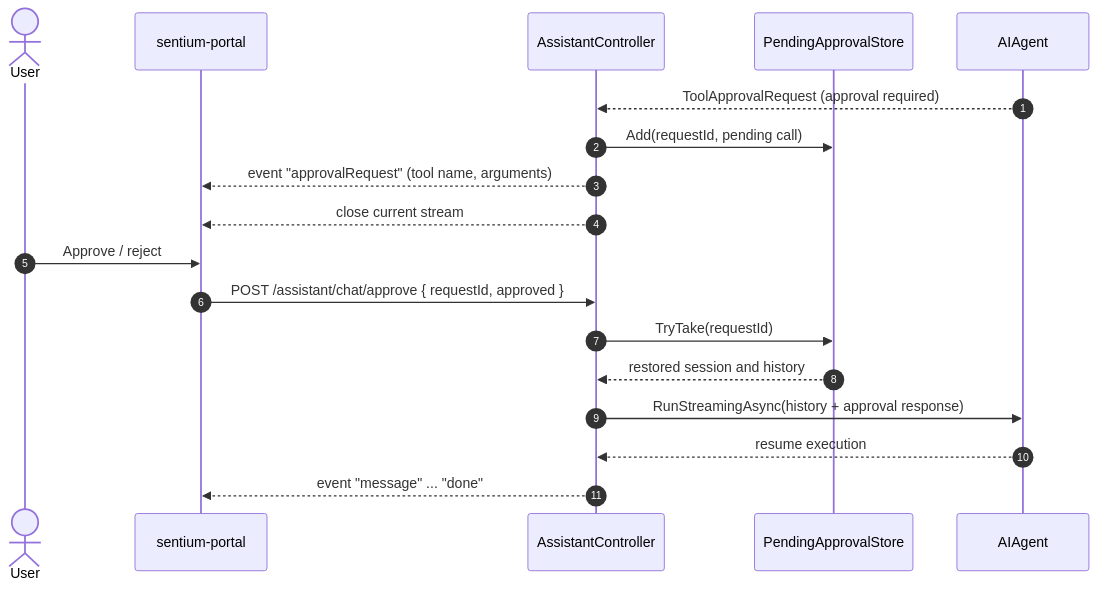
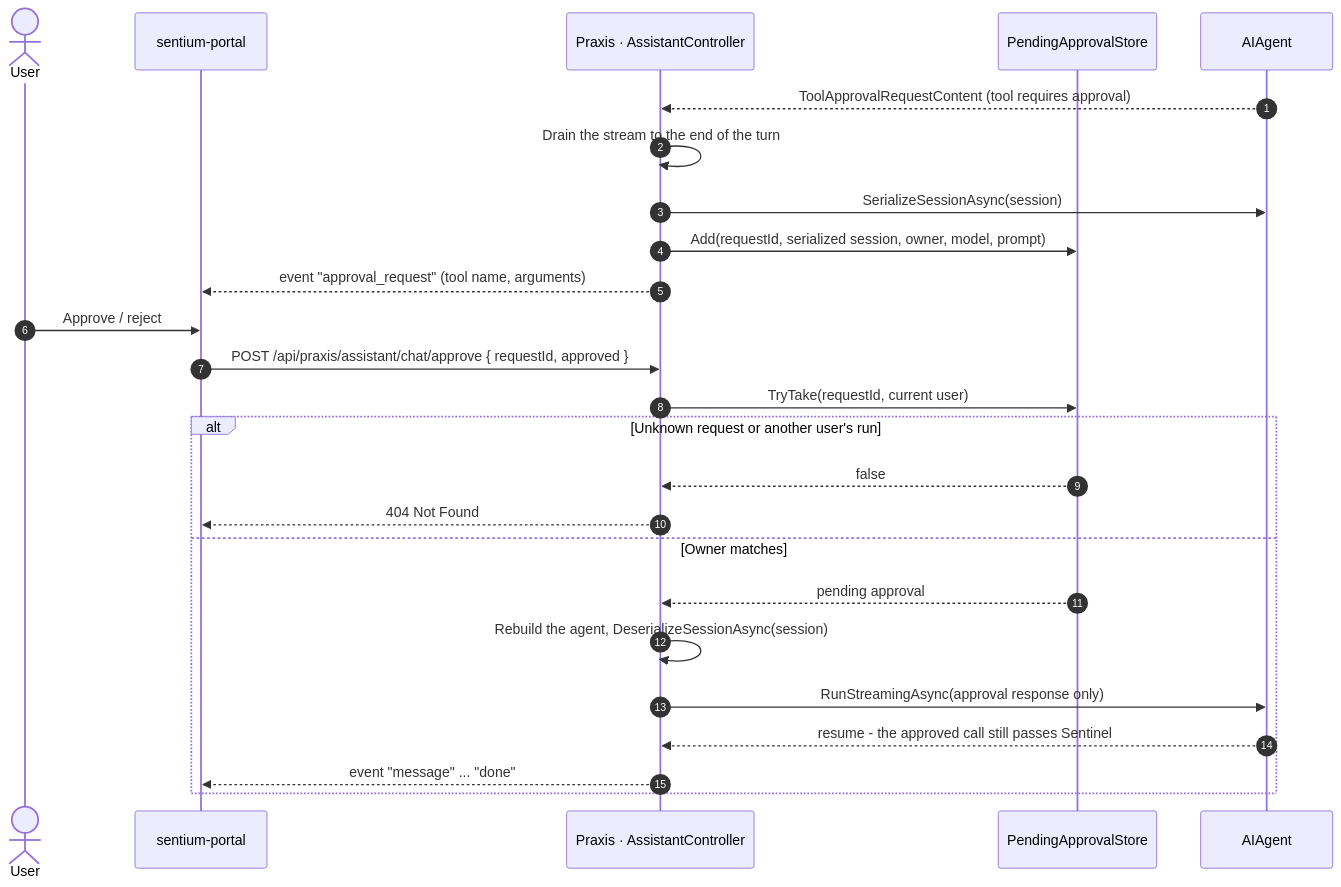
One commit to mihailshterev/sentium changed the diagram in docs/diagrams/agents-5-tool-approval.md. Above: the diagram before and after it, drawn with Mermaid. The commit also changed 138 other files, not shown here.

````diff
--- a/docs/diagrams/agents-5-tool-approval.md
+++ b/docs/diagrams/agents-5-tool-approval.md
@@ -1,21 +1,28 @@
 ```mermaid
 sequenceDiagram
     autonumber
     actor U as User
     participant FE as sentium-portal
-    participant AR as AssistantController
+    participant AR as Praxis · AssistantController
     participant PS as PendingApprovalStore
     participant AG as AIAgent
 
-    AG-->>AR: ToolApprovalRequest (approval required)
-    AR->>PS: Add(requestId, pending call)
-    AR-->>FE: event "approvalRequest" (tool name, arguments)
-    AR-->>FE: close current stream
+    AG-->>AR: ToolApprovalRequestContent (tool requires approval)
+    AR->>AR: Drain the stream to the end of the turn
+    AR->>AG: SerializeSessionAsync(session)
+    AR->>PS: Add(requestId, serialized session, owner, model, prompt)
+    AR-->>FE: event "approval_request" (tool name, arguments)
     U->>FE: Approve / reject
-    FE->>AR: POST /assistant/chat/approve { requestId, approved }
-    AR->>PS: TryTake(requestId)
-    PS-->>AR: restored session and history
-    AR->>AG: RunStreamingAsync(history + approval response)
-    AG-->>AR: resume execution
-    AR-->>FE: event "message" ... "done"
+    FE->>AR: POST /api/praxis/assistant/chat/approve { requestId, approved }
+    AR->>PS: TryTake(requestId, current user)
+    alt Unknown request or another user's run
+        PS-->>AR: false
+        AR-->>FE: 404 Not Found
+    else Owner matches
+        PS-->>AR: pending approval
+        AR->>AR: Rebuild the agent, DeserializeSessionAsync(session)
+        AR->>AG: RunStreamingAsync(approval response only)
+        AG-->>AR: resume - the approved call still passes Sentinel
+        AR-->>FE: event "message" ... "done"
+    end
 ```
````
